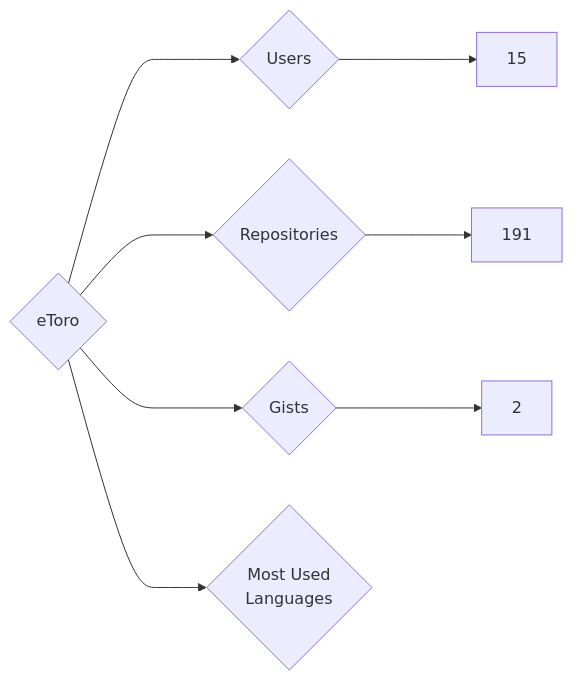
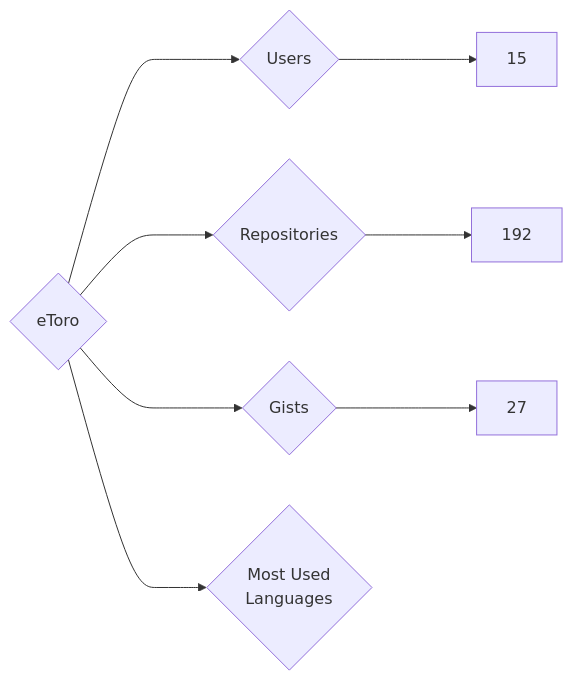
One commit to nenadzaric/insiders changed the diagram in targets/eToro/README.md. Above: the diagram before and after it, drawn with Mermaid. The commit also changed 1342 other files, not shown here.

````diff
--- a/targets/eToro/README.md
+++ b/targets/eToro/README.md
@@ -3,8 +3,8 @@
 ```mermaid
 graph LR
 COMPANY_NAME{eToro}
 COMPANY_NAME ---> U{Users} ---> UN[15]
-COMPANY_NAME ---> R{Repositories} ---> RN[191]
-COMPANY_NAME ---> G{Gists} ---> GN[2]
+COMPANY_NAME ---> R{Repositories} ---> RN[192]
+COMPANY_NAME ---> G{Gists} ---> GN[27]
 COMPANY_NAME ---> ML{Most Used<br>Languages}
 ```
````
